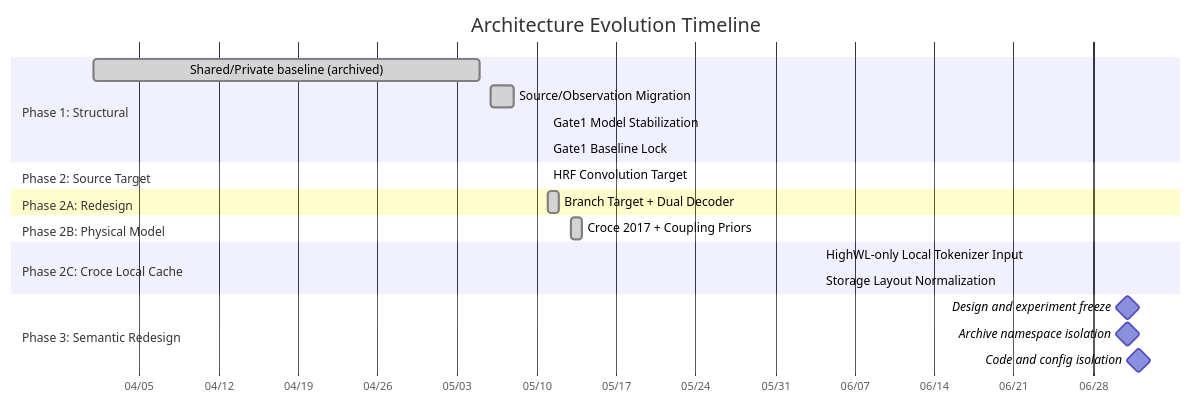
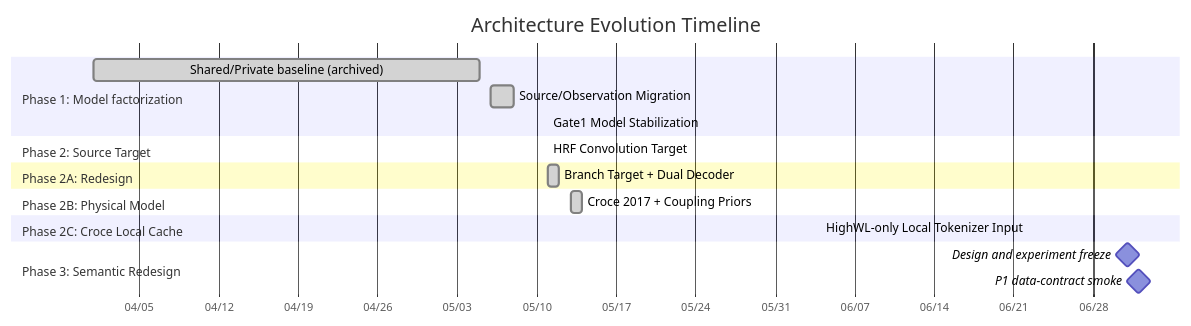
One commit to Kevin65536/PID-MCM changed the diagram in docs/architecture_changelog/INDEX.md. Above: the diagram before and after it, drawn with Mermaid. The commit also changed other lines of this file and 17 other files, not shown here.

````diff
--- a/docs/architecture_changelog/INDEX.md
+++ b/docs/architecture_changelog/INDEX.md
@@ -12,26 +18,23 @@
 ```mermaid
 gantt
     accTitle: Architecture evolution timeline
     accDescr: The source observation lineage is complete through the Croce local runtime, followed by a planned physiology semantic tokenizer redesign.
     title Architecture Evolution Timeline
     dateFormat  YYYY-MM-DD
     axisFormat  %m/%d
-    section Phase 1: Structural
+    section Phase 1: Model factorization
         Shared/Private baseline (archived) :done, 2026-04-01, 2026-05-05
         Source/Observation Migration      :done, 2026-05-06, 2026-05-08
         Gate1 Model Stabilization         :done, 2026-05-11, 2026-05-11
-        Gate1 Baseline Lock               :done, 2026-05-11, 2026-05-11
     section Phase 2: Source Target
         HRF Convolution Target            :done, 2026-05-11, 2026-05-11
     section Phase 2A: Redesign
         Branch Target + Dual Decoder      :done, 2026-05-11, 2026-05-12
     section Phase 2B: Physical Model
         Croce 2017 + Coupling Priors      :done, 2026-05-13, 2026-05-14
     section Phase 2C: Croce Local Cache
         HighWL-only Local Tokenizer Input :done, 2026-06-04, 2026-06-04
-        Storage Layout Normalization      :done, 2026-06-04, 2026-06-04
     section Phase 3: Semantic Redesign
         Design and experiment freeze      :milestone, 2026-07-01, 0d
-        Archive namespace isolation       :milestone, 2026-07-01, 0d
-        Code and config isolation         :milestone, 2026-07-02, 0d
+        P1 data-contract smoke            :milestone, 2026-07-02, 0d
 ```
````
